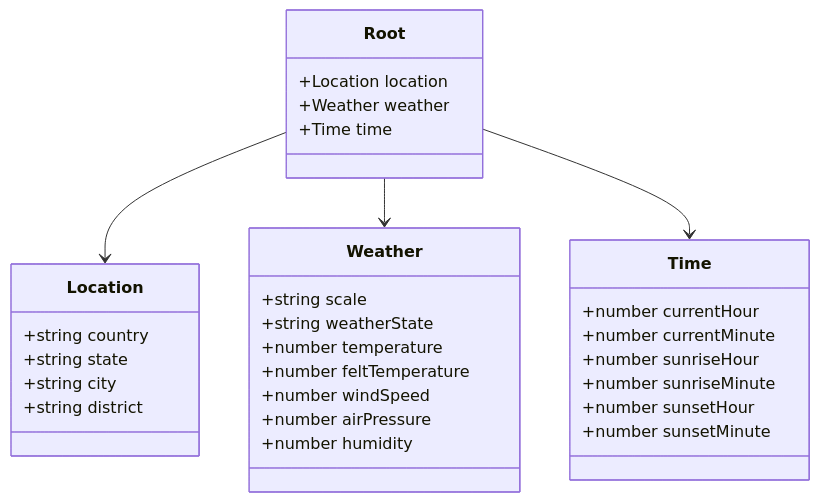
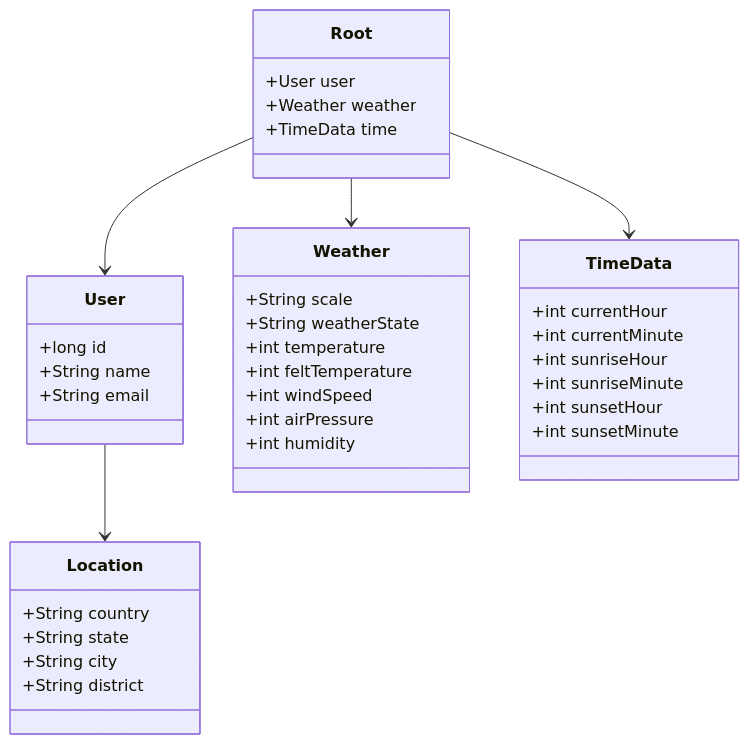
One commit to rafaGarciaT/projeto-api-de-clima changed the diagram in README.md. Above: the diagram before and after it, drawn with Mermaid.

Commit message:
Update README.md
Mudanças no diagrama do README.md

````diff
--- a/README.md
+++ b/README.md
@@ -4,38 +4,45 @@
 ```mermaid
 classDiagram
-    class Location {
-        +string country
-        +string state
-        +string city
-        +string district
+    class User {
+        +long id
+        +String name
+        +String email
     }
     
+    class Location {
+        +String country
+        +String state
+        +String city
+        +String district
+    }
+
     class Weather {
-        +string scale
-        +string weatherState
-        +number temperature
-        +number feltTemperature
-        +number windSpeed
-        +number airPressure
-        +number humidity
+        +String scale
+        +String weatherState
+        +int temperature
+        +int feltTemperature
+        +int windSpeed
+        +int airPressure
+        +int humidity
     }
     
-    class Time {
-        +number currentHour
-        +number currentMinute
-        +number sunriseHour
-        +number sunriseMinute
-        +number sunsetHour
-        +number sunsetMinute
+    class TimeData {
+        +int currentHour
+        +int currentMinute
+        +int sunriseHour
+        +int sunriseMinute
+        +int sunsetHour
+        +int sunsetMinute
     }
     
     class Root {
-        +Location location
+        +User user
         +Weather weather
-        +Time time
+        +TimeData time
     }
-    
-    Root --> Location
+
+    User --> Location
+    Root --> User
     Root --> Weather
-    Root --> Time
+    Root --> TimeData
 ```
````
